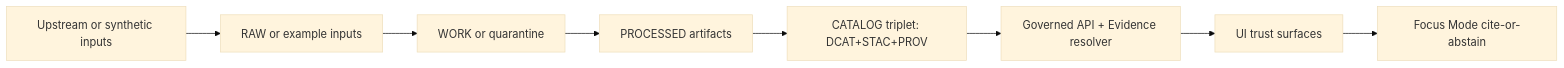
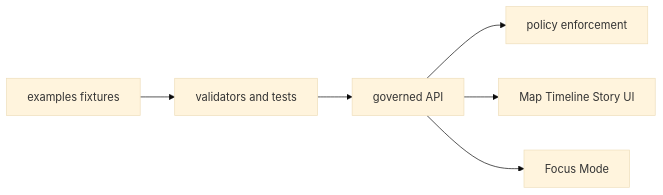
One commit to bartytime4life/Kansas-Frontier-Matrix changed the diagram in examples/README.md. Above: the diagram before and after it, drawn with Mermaid (base theme). The commit also changed other lines of this file, not shown here.

First line of the commit message:
Revise examples directory metadata and purpose

````diff
--- a/examples/README.md
+++ b/examples/README.md
@@ -145,10 +170,8 @@
 ```mermaid
 flowchart LR
-  U[Upstream or synthetic inputs] --> R[RAW or example inputs]
-  R --> W[WORK or quarantine]
-  W --> P[PROCESSED artifacts]
-  P --> C[CATALOG triplet: DCAT+STAC+PROV]
-  C --> API[Governed API + Evidence resolver]
-  API --> UI[UI trust surfaces]
-  UI --> FM[Focus Mode cite-or-abstain]
+  X[examples fixtures] --> V[validators and tests]
+  V --> A[governed API]
+  A --> P[policy enforcement]
+  A --> U[Map Timeline Story UI]
+  A --> F[Focus Mode]
 ```
````
